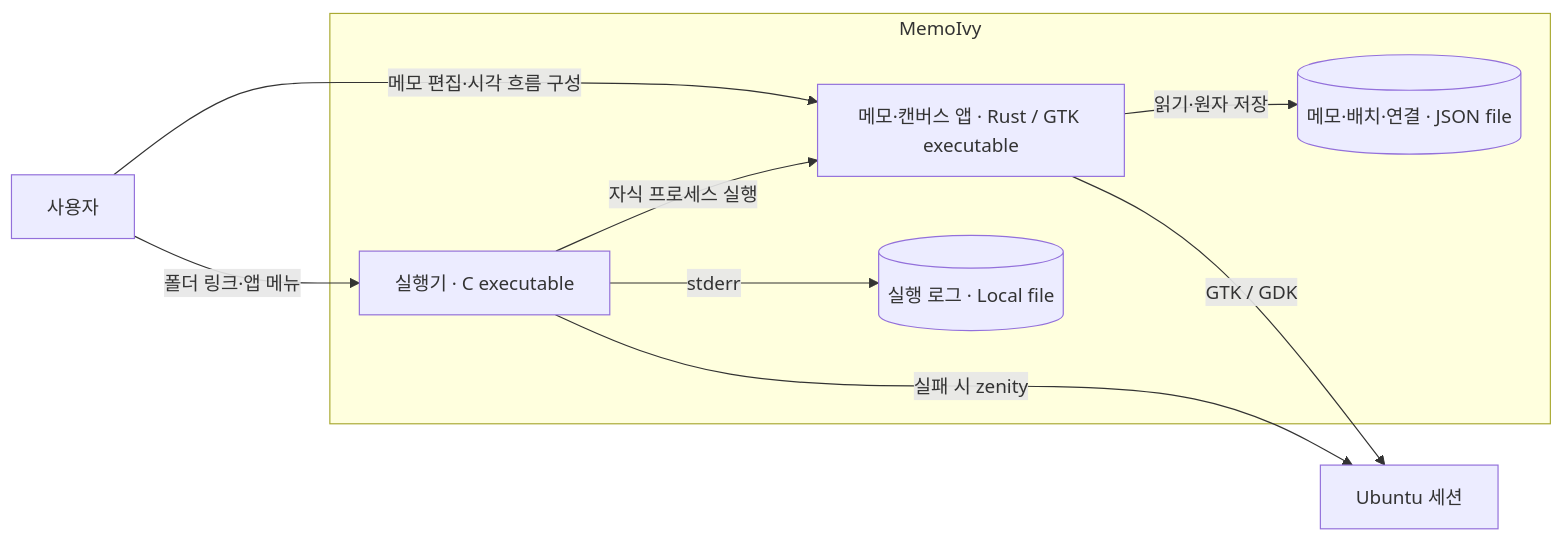
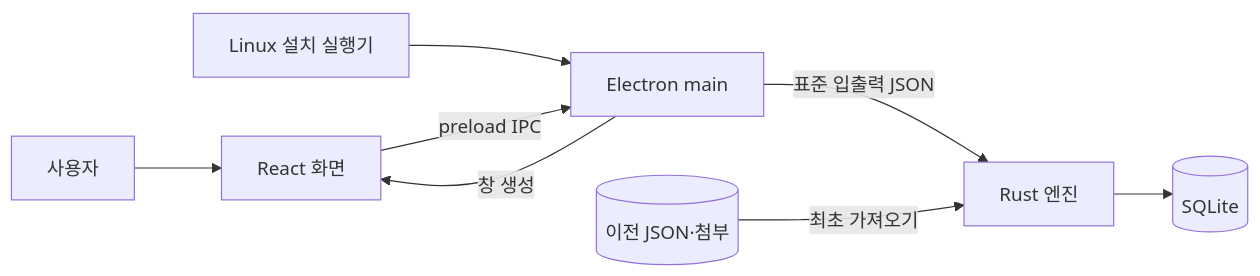
Before and after one commit to pollux-o4/MemoIvy: the diagram in docs/architecture/overview/02-containers.md, drawn with Mermaid. The commit also changed other lines of this file and 613 other files, not shown here.

First line of the commit message:
release: MemoIvy 0.1.3

````diff
--- a/docs/architecture/overview/02-containers.md
+++ b/docs/architecture/overview/02-containers.md
@@ -3,18 +3,10 @@
 ```mermaid
 flowchart LR
-    user["사용자"]
-    desktop["Ubuntu 세션"]
-    subgraph system["MemoIvy"]
-        launcher["실행기 · C executable"]
-        app["메모·캔버스 앱 · Rust / GTK executable"]
-        notes[("메모·배치·연결 · JSON file")]
-        log[("실행 로그 · Local file")]
-    end
-    user -->|폴더 링크·앱 메뉴| launcher
-    launcher -->|자식 프로세스 실행| app
-    launcher -->|stderr| log
-    launcher -->|실패 시 zenity| desktop
-    user -->|메모 편집·시각 흐름 구성| app
-    app -->|GTK / GDK| desktop
-    app -->|읽기·원자 저장| notes
+    user["사용자"] --> ui["React 화면"]
+    launcher["Linux 설치 실행기"] --> host["Electron main"]
+    host -->|창 생성| ui
+    ui -->|preload IPC| host
+    host -->|표준 입출력 JSON| engine["Rust 엔진"]
+    engine --> db[("SQLite")]
+    legacy[("이전 JSON·첨부")] -->|최초 가져오기| engine
 ```
````
